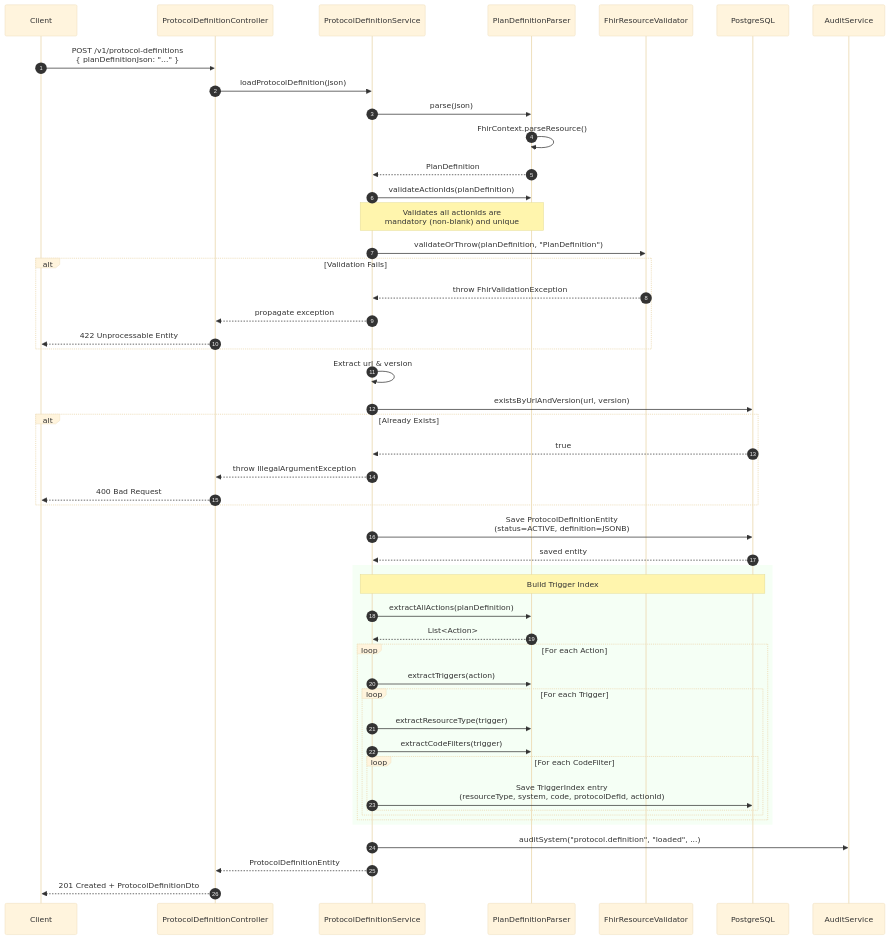
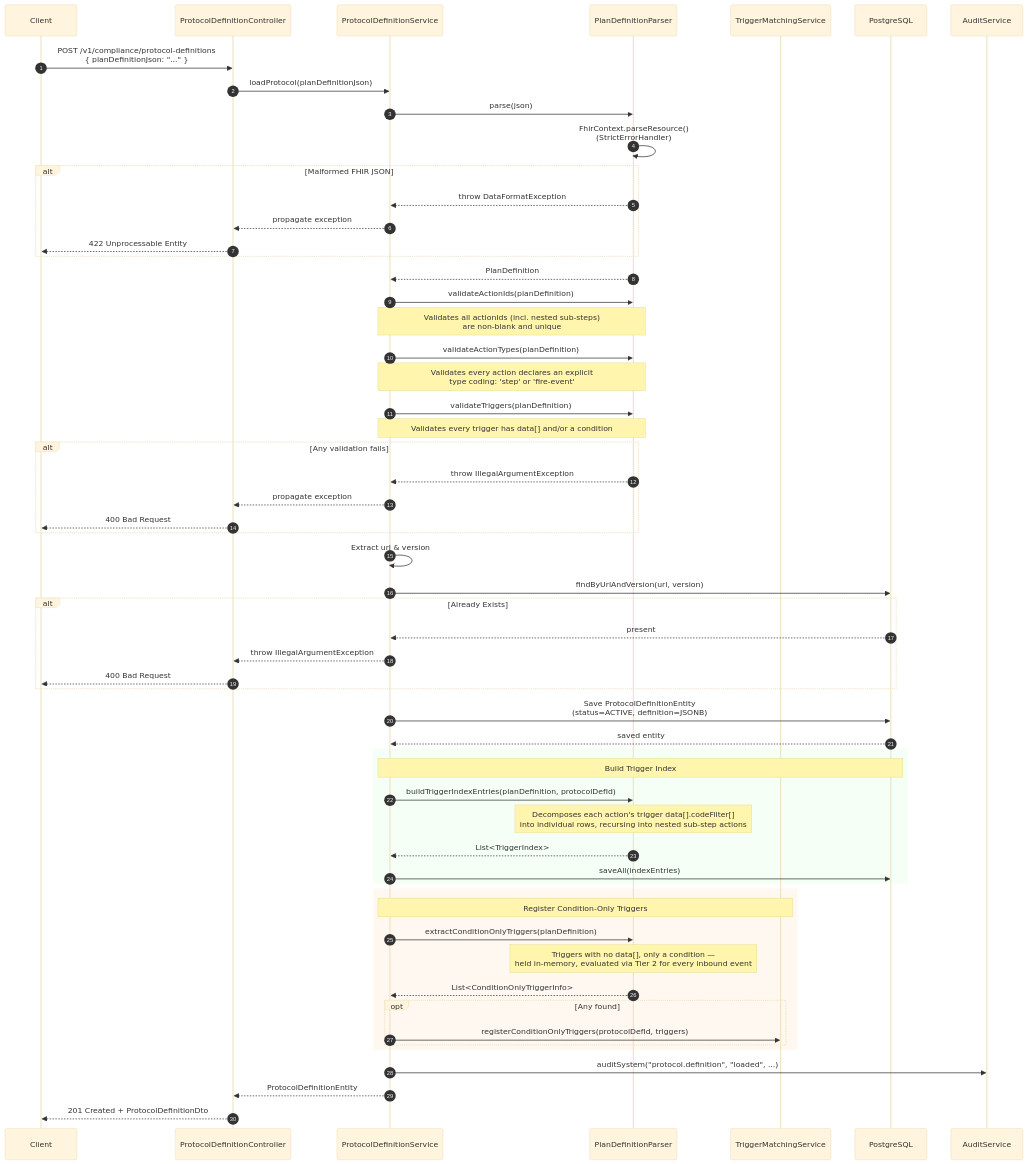
Before and after one commit to Jayaprakash8887/cce-compliance-service: the second of 12 diagrams in docs/flow-diagrams.md, drawn with Mermaid (base theme). The commit also changed other lines of this file and 8 other files, not shown here.

````diff
--- a/docs/flow-diagrams.md
+++ b/docs/flow-diagrams.md
@@ -131,60 +139,68 @@
 ```mermaid
 sequenceDiagram
     autonumber
     participant Client
     participant Controller as ProtocolDefinitionController
     participant Service as ProtocolDefinitionService
     participant Parser as PlanDefinitionParser
-    participant Validator as FhirResourceValidator
+    participant TriggerMatch as TriggerMatchingService
     participant DB as PostgreSQL
     participant Audit as AuditService
 
-    Client->>Controller: POST /v1/protocol-definitions<br/>{ planDefinitionJson: "..." }
-    Controller->>Service: loadProtocolDefinition(json)
+    Client->>Controller: POST /v1/compliance/protocol-definitions<br/>{ planDefinitionJson: "..." }
+    Controller->>Service: loadProtocol(planDefinitionJson)
 
     Service->>Parser: parse(json)
-    Parser->>Parser: FhirContext.parseResource()
+    Parser->>Parser: FhirContext.parseResource()<br/>(StrictErrorHandler)
+    alt Malformed FHIR JSON
+        Parser-->>Service: throw DataFormatException
+        Service-->>Controller: propagate exception
+        Controller-->>Client: 422 Unprocessable Entity
+    end
     Parser-->>Service: PlanDefinition
 
     Service->>Parser: validateActionIds(planDefinition)
-    Note over Service,Parser: Validates all actionIds are<br/>mandatory (non-blank) and unique
-
-    Service->>Validator: validateOrThrow(planDefinition, "PlanDefinition")
-    alt Validation Fails
-        Validator-->>Service: throw FhirValidationException
+    Note over Service,Parser: Validates all actionIds (incl. nested sub-steps)<br/>are non-blank and unique
+    Service->>Parser: validateActionTypes(planDefinition)
+    Note over Service,Parser: Validates every action declares an explicit<br/>type coding: 'step' or 'fire-event'
+    Service->>Parser: validateTriggers(planDefinition)
+    Note over Service,Parser: Validates every trigger has data[] and/or a condition
+    alt Any validation fails
+        Parser-->>Service: throw IllegalArgumentException
         Service-->>Controller: propagate exception
-        Controller-->>Client: 422 Unprocessable Entity
+        Controller-->>Client: 400 Bad Request
     end
 
     Service->>Service: Extract url & version
-    Service->>DB: existsByUrlAndVersion(url, version)
+    Service->>DB: findByUrlAndVersion(url, version)
     alt Already Exists
-        DB-->>Service: true
+        DB-->>Service: present
         Service-->>Controller: throw IllegalArgumentException
         Controller-->>Client: 400 Bad Request
     end
 
     Service->>DB: Save ProtocolDefinitionEntity<br/>(status=ACTIVE, definition=JSONB)
     DB-->>Service: saved entity
 
     rect rgb(245, 255, 245)
         Note over Service,DB: Build Trigger Index
-        Service->>Parser: extractAllActions(planDefinition)
-        Parser-->>Service: List<Action>
+        Service->>Parser: buildTriggerIndexEntries(planDefinition, protocolDefId)
+        Note over Parser: Decomposes each action's trigger data[].codeFilter[]<br/>into individual rows, recursing into nested sub-step actions
+        Parser-->>Service: List<TriggerIndex>
+        Service->>DB: saveAll(indexEntries)
+    end
 
-        loop For each Action
-            Service->>Parser: extractTriggers(action)
-            loop For each Trigger
-                Service->>Parser: extractResourceType(trigger)
-                Service->>Parser: extractCodeFilters(trigger)
-                loop For each CodeFilter
-                    Service->>DB: Save TriggerIndex entry<br/>(resourceType, system, code, protocolDefId, actionId)
-                end
-            end
+    rect rgb(255, 248, 240)
+        Note over Service,TriggerMatch: Register Condition-Only Triggers
+        Service->>Parser: extractConditionOnlyTriggers(planDefinition)
+        Note over Parser: Triggers with no data[], only a condition —<br/>held in-memory, evaluated via Tier 2 for every inbound event
+        Parser-->>Service: List<ConditionOnlyTriggerInfo>
+        opt Any found
+            Service->>TriggerMatch: registerConditionOnlyTriggers(protocolDefId, triggers)
         end
     end
 
     Service->>Audit: auditSystem("protocol.definition", "loaded", ...)
     Service-->>Controller: ProtocolDefinitionEntity
     Controller-->>Client: 201 Created + ProtocolDefinitionDto
 ```
````
